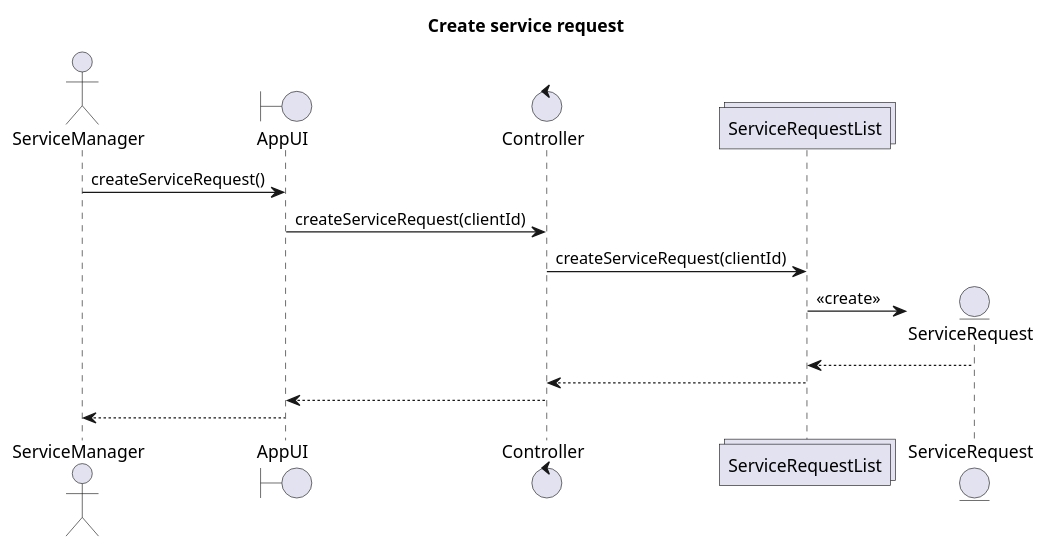
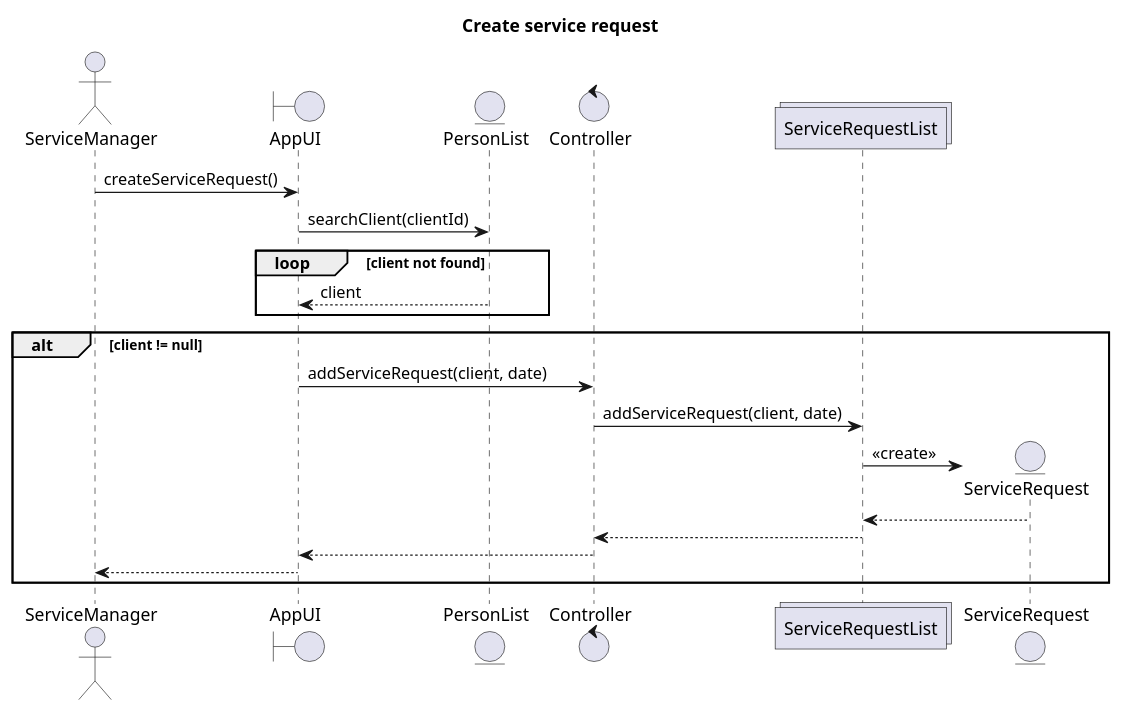
Before and after one commit to WLun001/service-request-app: the diagram in UML/SequenceDiagram/CreateServiceRequest.puml, drawn with PlantUML. The commit also changed 3 other files, not shown here.

Commit message:
edited sequence diagram

```diff
--- a/UML/SequenceDiagram/CreateServiceRequest.puml
+++ b/UML/SequenceDiagram/CreateServiceRequest.puml
@@ -1,19 +1,24 @@
 @startuml
 title Create service request
 Actor ServiceManager
 Boundary AppUI
+Entity PersonList
 Control Controller
 Collections ServiceRequestList
 
 ServiceManager -> AppUI: createServiceRequest()
-AppUI -> Controller: createServiceRequest(clientId)
-Controller -> ServiceRequestList: createServiceRequest(clientId)
-create entity ServiceRequest
-ServiceRequestList -> ServiceRequest: <<create >>
-
-ServiceRequest --> ServiceRequestList
-ServiceRequestList --> Controller
-Controller --> AppUI
-AppUI --> ServiceManager
-
+AppUI -> PersonList : searchClient(clientId)
+loop client not found
+    PersonList --> AppUI : client
+end
+alt client != null
+    AppUI -> Controller : addServiceRequest(client, date)
+    Controller -> ServiceRequestList : addServiceRequest(client, date)
+    create entity ServiceRequest
+    ServiceRequestList -> ServiceRequest: <<create >>
+    ServiceRequest --> ServiceRequestList
+    ServiceRequestList --> Controller
+    Controller --> AppUI
+    AppUI --> ServiceManager
+end
 @enduml
```
